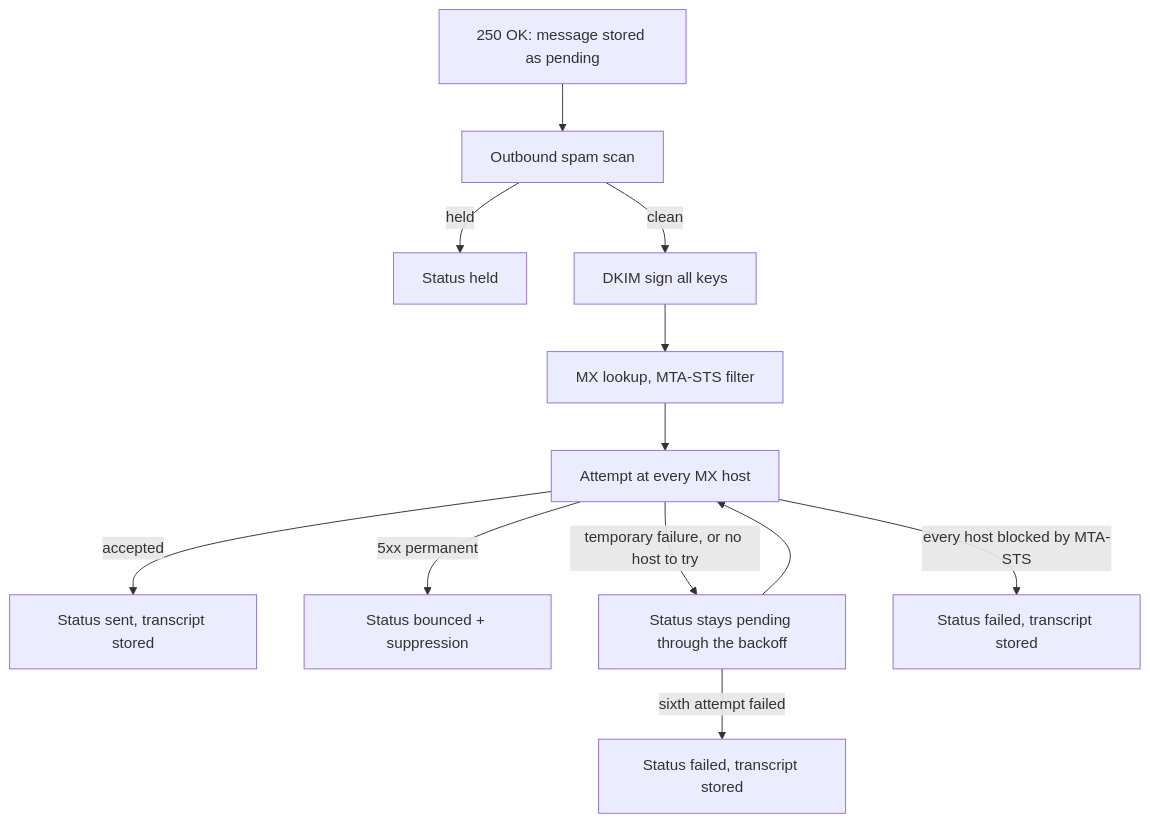
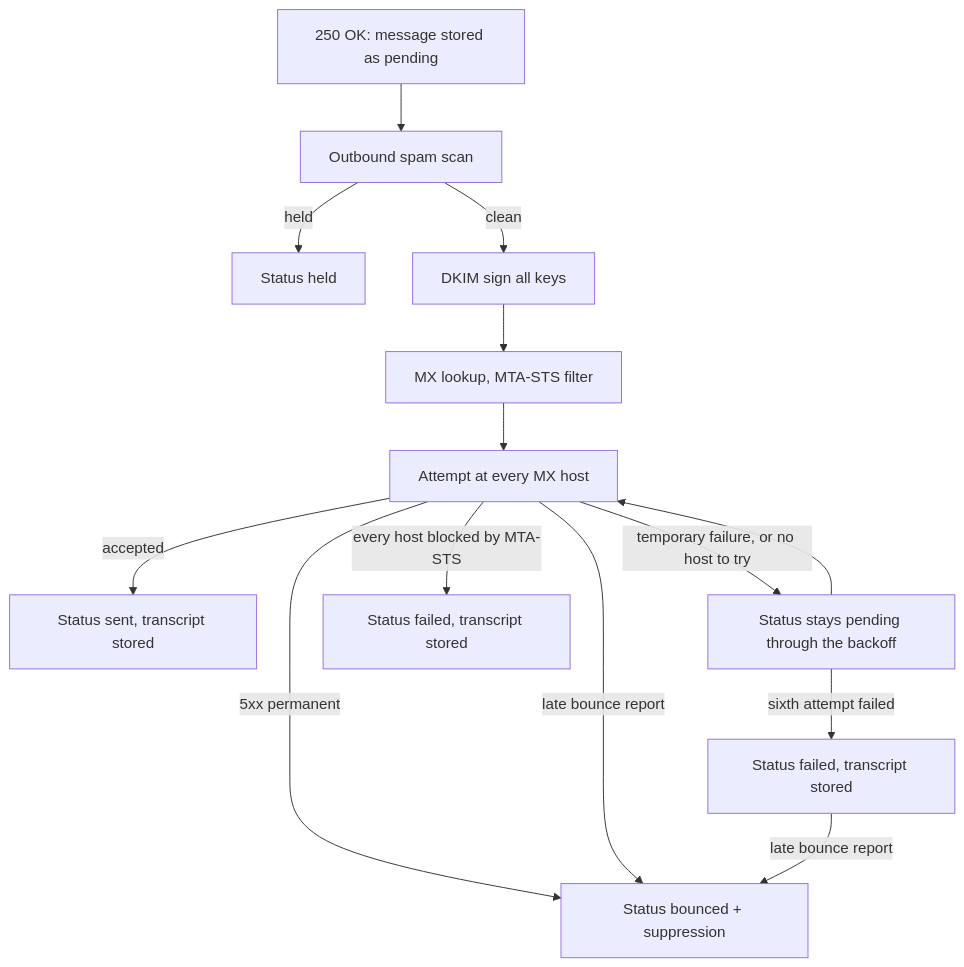
Before and after one commit to codingjoe/relay: the first of 2 diagrams in docs/docs/reliability.md, drawn with Mermaid. The commit also changed other lines of this file and 23 other files, not shown here.

````diff
--- a/docs/docs/reliability.md
+++ b/docs/docs/reliability.md
@@ -18,14 +18,16 @@
 ```mermaid
 flowchart TD
     A[250 OK: message stored as pending] --> B[Outbound spam scan]
     B -- held --> C[Status held]
     B -- clean --> D[DKIM sign all keys]
     D --> E[MX lookup, MTA-STS filter]
     E --> F[Attempt at every MX host]
     F -- accepted --> G[Status sent, transcript stored]
     F -- 5xx permanent --> H[Status bounced + suppression]
+    F -- late bounce report --> H
     F -- temporary failure, or no host to try --> I[Status stays pending through the backoff]
     I --> F
     I -- sixth attempt failed --> J[Status failed, transcript stored]
+    J -- late bounce report --> H
     F -- every host blocked by MTA-STS --> K[Status failed, transcript stored]
 ```
````
